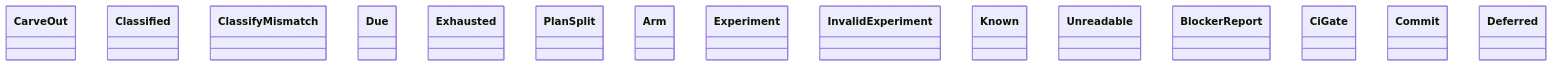
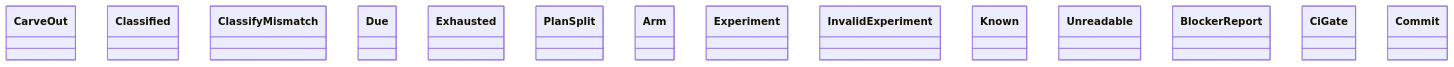
The diagram in docs/architecture/generated/classes-process-domain-state-1.md (GonzaloZevallos/agentic-system), drawn with Mermaid before and after one commit. The commit also changed other lines of this file and 31 other files, not shown here.

Commit message:
Regenerate the architecture docs and pin the graph tests' flow without a draft validator

````diff
--- a/docs/architecture/generated/classes-process-domain-state-1.md
+++ b/docs/architecture/generated/classes-process-domain-state-1.md
@@ -31,18 +32,17 @@
 ```mermaid
 classDiagram
     class carve_out__CarveOut["CarveOut"]
     class drawing_answer__Classified["Classified"]
     class drawing_answer__ClassifyMismatch["ClassifyMismatch"]
     class drawing_answer__Due["Due"]
     class drawing_answer__Exhausted["Exhausted"]
     class drawing_answer__PlanSplit["PlanSplit"]
     class experiment__Arm["Arm"]
     class experiment__Experiment["Experiment"]
     class experiment__InvalidExperiment["InvalidExperiment"]
     class lead_time__Known["Known"]
     class lead_time__Unreadable["Unreadable"]
     class rules__BlockerReport["BlockerReport"]
     class rules__CiGate["CiGate"]
     class rules__Commit["Commit"]
-    class rules__Deferred["Deferred"]
 ```
````
